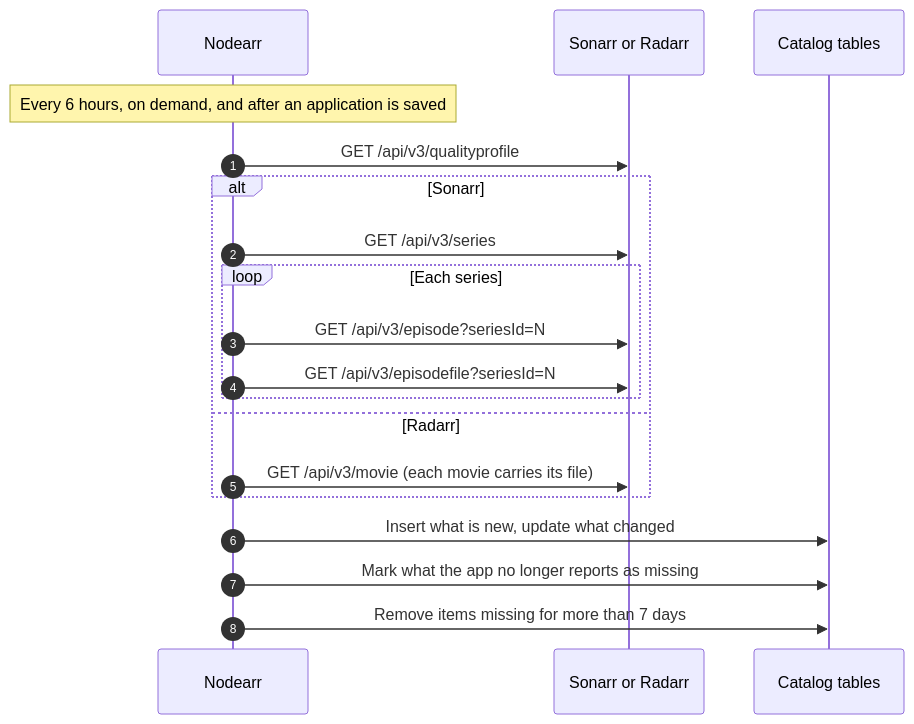
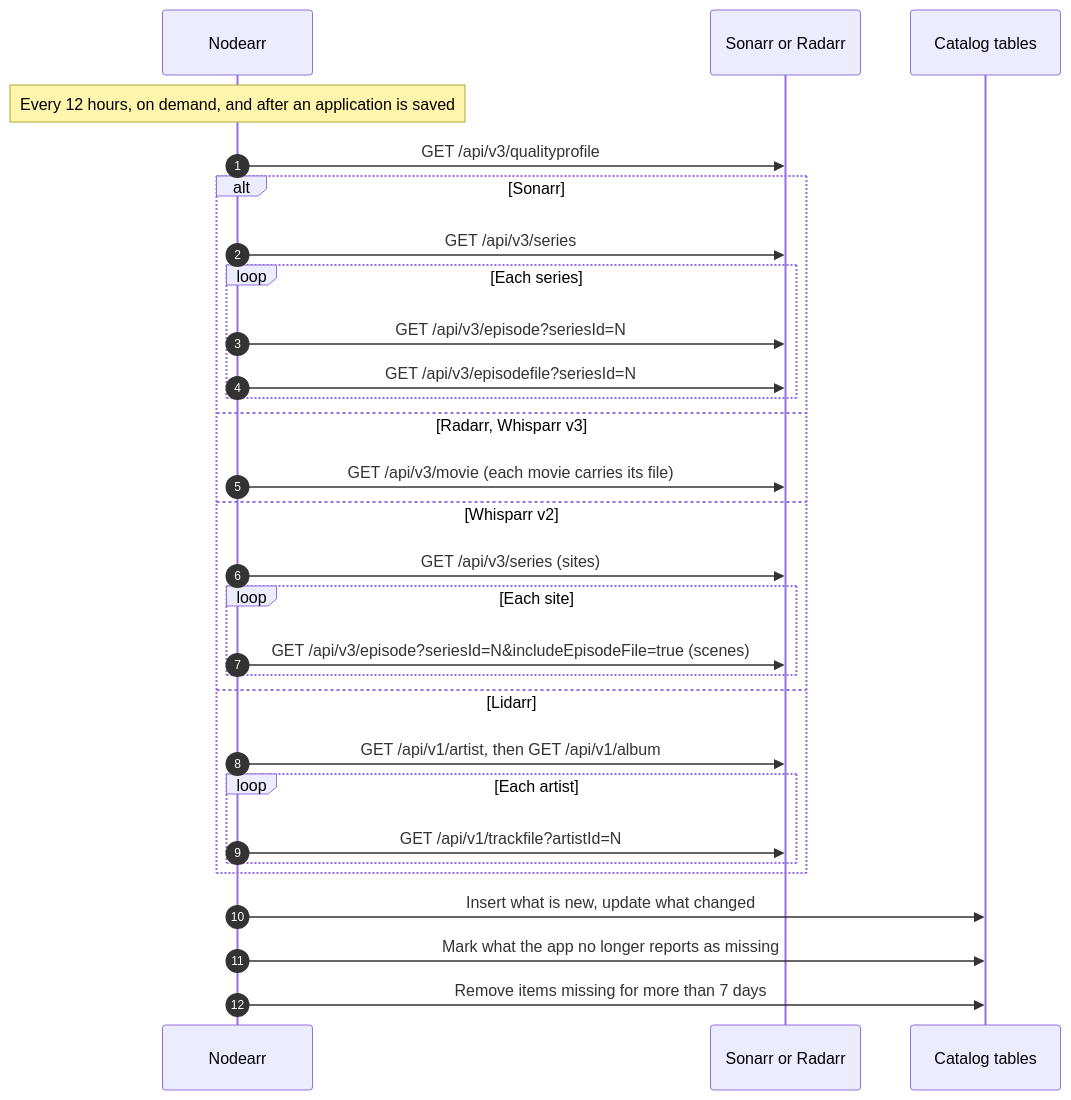
Before and after one commit to Nodearr/Nodearr: the second of 3 diagrams in docs/diagrams/catalog-import-sonarr-radarr.md, drawn with Mermaid. The commit also changed other lines of this file and 35 other files, not shown here.

````diff
--- a/docs/diagrams/catalog-import-sonarr-radarr.md
+++ b/docs/diagrams/catalog-import-sonarr-radarr.md
@@ -34,22 +36,32 @@
 ```mermaid
 sequenceDiagram
     autonumber
     participant Nodearr
     participant Arr as Sonarr or Radarr
     participant Store as Catalog tables
 
-    Note over Nodearr: Every 6 hours, on demand, and after an application is saved
+    Note over Nodearr: Every 12 hours, on demand, and after an application is saved
     Nodearr->>Arr: GET /api/v3/qualityprofile
     alt Sonarr
         Nodearr->>Arr: GET /api/v3/series
         loop Each series
             Nodearr->>Arr: GET /api/v3/episode?seriesId=N
             Nodearr->>Arr: GET /api/v3/episodefile?seriesId=N
         end
-    else Radarr
+    else Radarr, Whisparr v3
         Nodearr->>Arr: GET /api/v3/movie (each movie carries its file)
+    else Whisparr v2
+        Nodearr->>Arr: GET /api/v3/series (sites)
+        loop Each site
+            Nodearr->>Arr: GET /api/v3/episode?seriesId=N&includeEpisodeFile=true (scenes)
+        end
+    else Lidarr
+        Nodearr->>Arr: GET /api/v1/artist, then GET /api/v1/album
+        loop Each artist
+            Nodearr->>Arr: GET /api/v1/trackfile?artistId=N
+        end
     end
     Nodearr->>Store: Insert what is new, update what changed
     Nodearr->>Store: Mark what the app no longer reports as missing
     Nodearr->>Store: Remove items missing for more than 7 days
 ```
````
